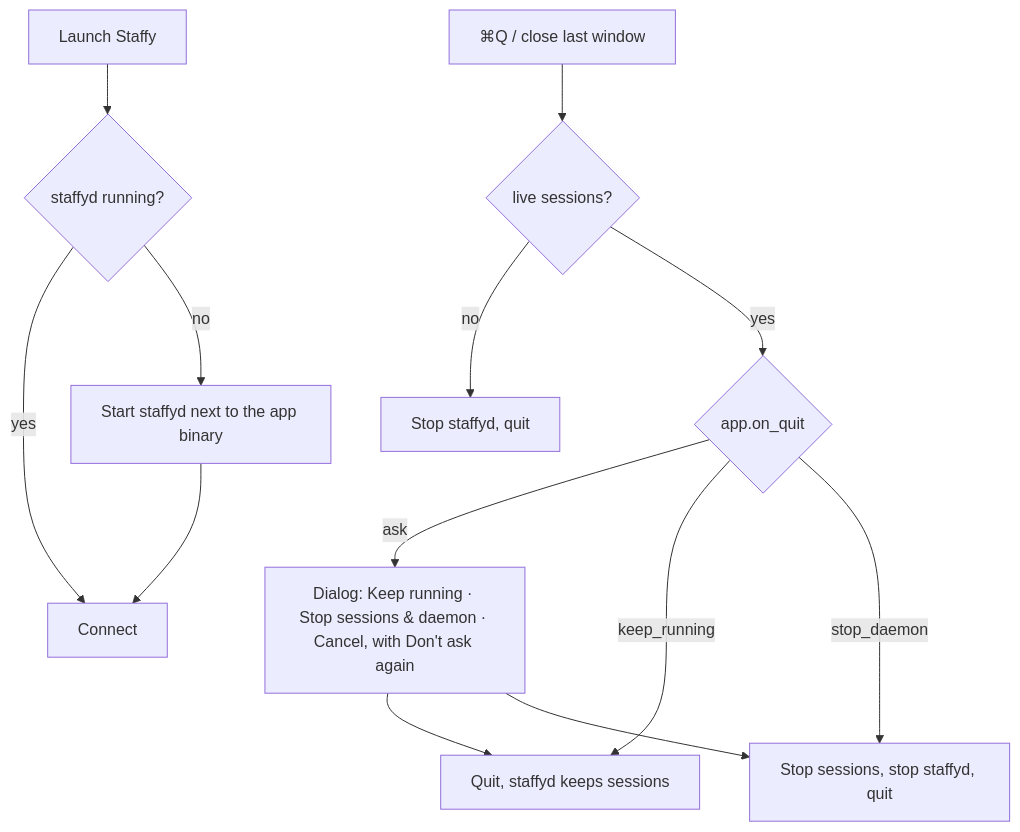
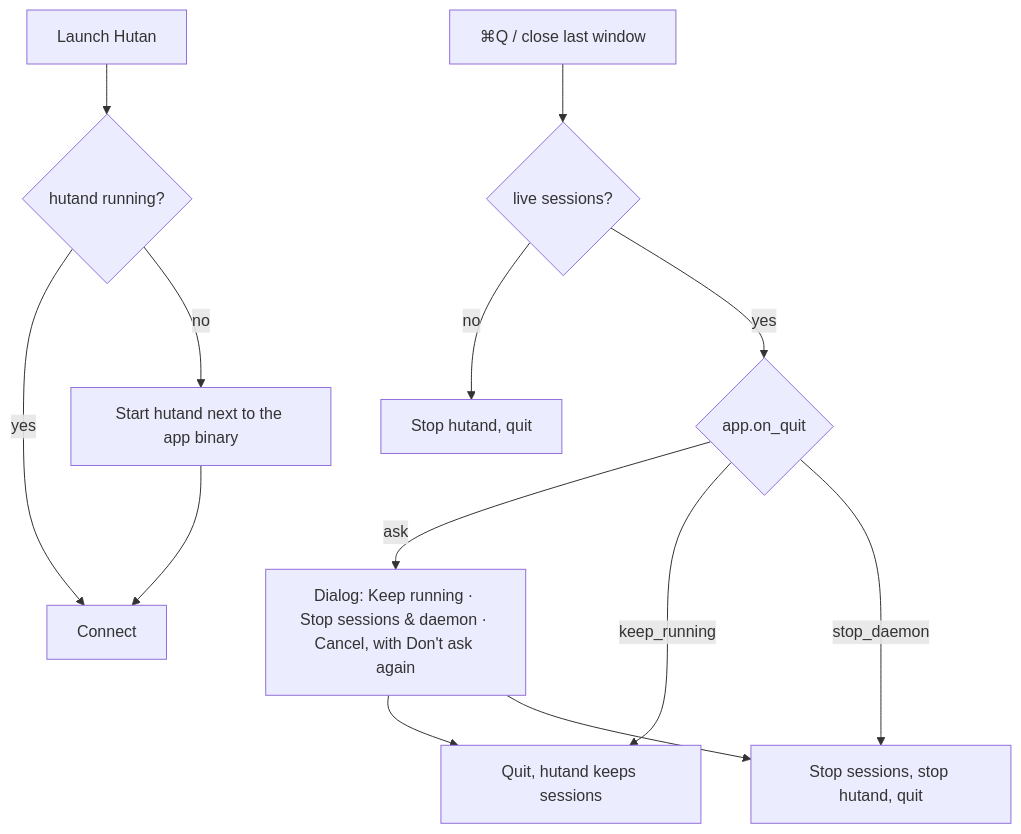
The second of 2 diagrams in docs/design.md (robertt3kuk/heeler), drawn with Mermaid before and after one commit. The commit also changed other lines of this file and 456 other files, not shown here.

Commit message:
refactor!: rename the project to Hutan; orangutan brand assets and app icon

````diff
--- a/docs/design.md
+++ b/docs/design.md
@@ -335,14 +335,14 @@
 ```mermaid
 flowchart TD
-  L[Launch Staffy] --> C{staffyd running?}
+  L[Launch Hutan] --> C{hutand running?}
   C -- yes --> A[Connect]
-  C -- no --> S[Start staffyd next to the app binary] --> A
+  C -- no --> S[Start hutand next to the app binary] --> A
   Q[⌘Q / close last window] --> LV{live sessions?}
-  LV -- no --> X[Stop staffyd, quit]
+  LV -- no --> X[Stop hutand, quit]
   LV -- yes --> P{app.on_quit}
   P -- ask --> D[Dialog: Keep running · Stop sessions & daemon · Cancel, with Don't ask again]
-  P -- keep_running --> K[Quit, staffyd keeps sessions]
-  P -- stop_daemon --> X2[Stop sessions, stop staffyd, quit]
+  P -- keep_running --> K[Quit, hutand keeps sessions]
+  P -- stop_daemon --> X2[Stop sessions, stop hutand, quit]
   D --> K
   D --> X2
 ```
````
